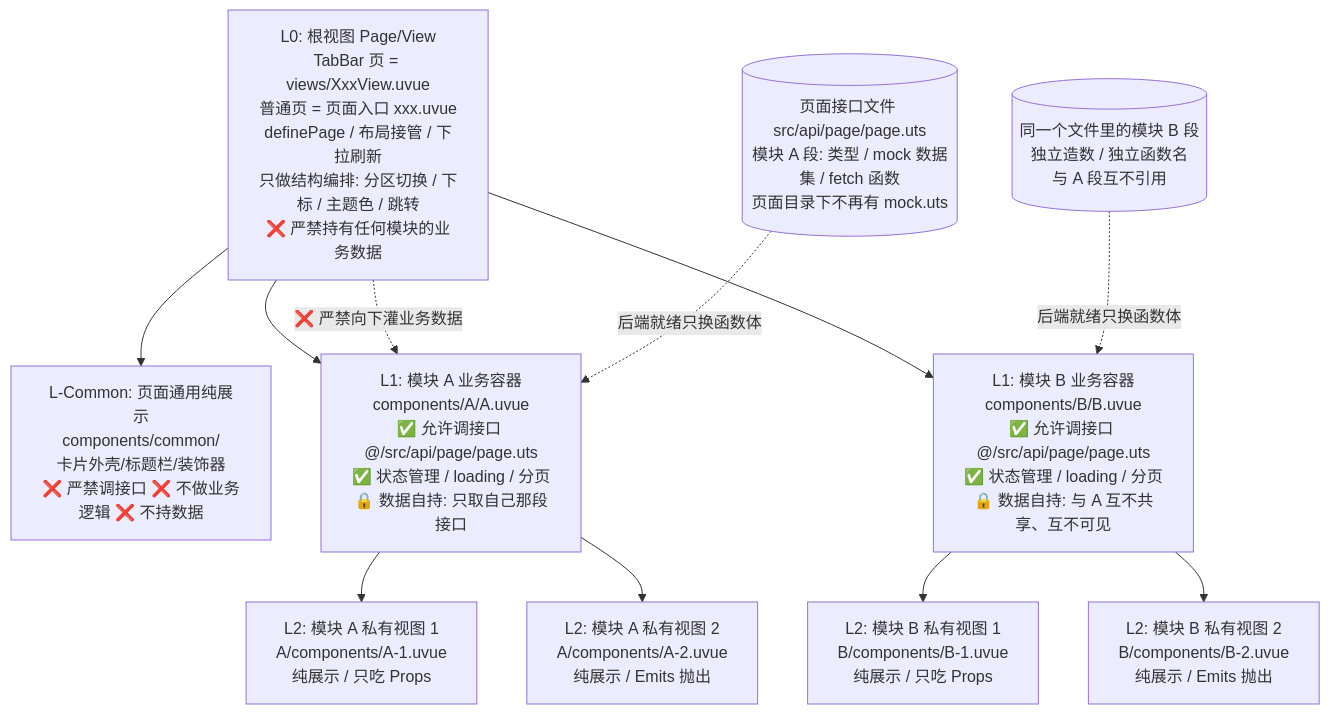
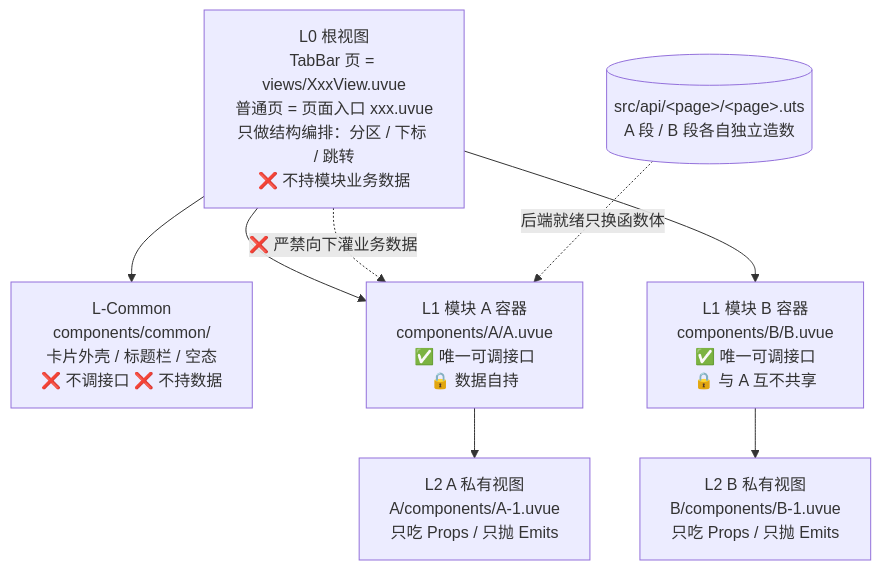
The diagram in .agents/skills/unibestX-skill/references/5-page-structure.md (cq112233/unibestX), drawn with Mermaid before and after one commit. The commit also changed other lines of this file and 31 other files, not shown here.

````diff
--- a/.agents/skills/unibestX-skill/references/5-page-structure.md
+++ b/.agents/skills/unibestX-skill/references/5-page-structure.md
@@ -17,18 +15,14 @@
 ```mermaid
 graph TD
-    Page[L0: 根视图 Page/View<br>TabBar 页 = views/XxxView.uvue<br>普通页 = 页面入口 xxx.uvue<br>definePage / 布局接管 / 下拉刷新<br>只做结构编排: 分区切换 / 下标 / 主题色 / 跳转<br>❌ 严禁持有任何模块的业务数据]
-    Page --> Common[L-Common: 页面通用纯展示<br>components/common/<br>卡片外壳/标题栏/装饰器<br>❌ 严禁调接口 ❌ 不做业务逻辑 ❌ 不持数据]
-    Page --> ModuleA[L1: 模块 A 业务容器<br>components/A/A.uvue<br>✅ 允许调接口 @/src/api/page/page.uts<br>✅ 状态管理 / loading / 分页<br>🔒 数据自持: 只取自己那段接口]
-    Page --> ModuleB[L1: 模块 B 业务容器<br>components/B/B.uvue<br>✅ 允许调接口 @/src/api/page/page.uts<br>✅ 状态管理 / loading / 分页<br>🔒 数据自持: 与 A 互不共享、互不可见]
+    Page[L0 根视图<br>TabBar 页 = views/XxxView.uvue<br>普通页 = 页面入口 xxx.uvue<br>只做结构编排：分区 / 下标 / 跳转<br>❌ 不持模块业务数据]
+    Page --> Common[L-Common<br>components/common/<br>卡片外壳 / 标题栏 / 空态<br>❌ 不调接口 ❌ 不持数据]
+    Page --> ModuleA[L1 模块 A 容器<br>components/A/A.uvue<br>✅ 唯一可调接口<br>🔒 数据自持]
+    Page --> ModuleB[L1 模块 B 容器<br>components/B/B.uvue<br>✅ 唯一可调接口<br>🔒 与 A 互不共享]
 
     Page -.->|❌ 严禁向下灌业务数据| ModuleA
 
-    ModuleA --> A1[L2: 模块 A 私有视图 1<br>A/components/A-1.uvue<br>纯展示 / 只吃 Props]
-    ModuleA --> A2[L2: 模块 A 私有视图 2<br>A/components/A-2.uvue<br>纯展示 / Emits 抛出]
+    ModuleA --> A1[L2 A 私有视图<br>A/components/A-1.uvue<br>只吃 Props / 只抛 Emits]
+    ModuleB --> B1[L2 B 私有视图<br>B/components/B-1.uvue<br>只吃 Props / 只抛 Emits]
 
-    ModuleB --> B1[L2: 模块 B 私有视图 1<br>B/components/B-1.uvue<br>纯展示 / 只吃 Props]
-    ModuleB --> B2[L2: 模块 B 私有视图 2<br>B/components/B-2.uvue<br>纯展示 / Emits 抛出]
-
-    ApiA[(页面接口文件 src/api/page/page.uts<br>模块 A 段: 类型 / mock 数据集 / fetch 函数<br>页面目录下不再有 mock.uts)] -.->|后端就绪只换函数体| ModuleA
-    ApiB[(同一个文件里的模块 B 段<br>独立造数 / 独立函数名<br>与 A 段互不引用)] -.->|后端就绪只换函数体| ModuleB
+    Api[(src/api/&lt;page&gt;/&lt;page&gt;.uts<br>A 段 / B 段各自独立造数)] -.->|后端就绪只换函数体| ModuleA
 ```
````
